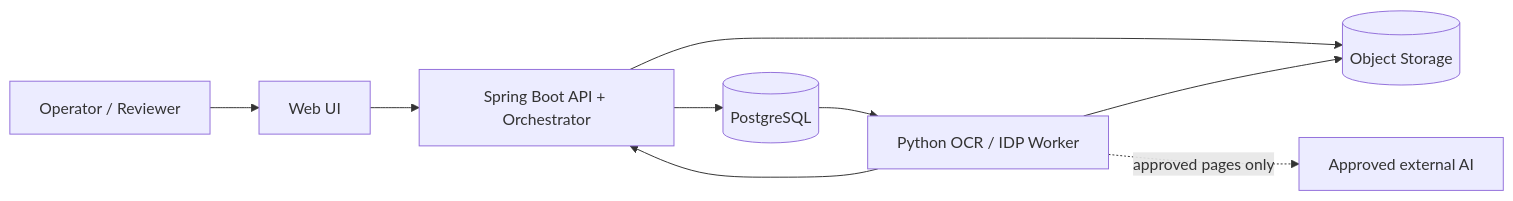
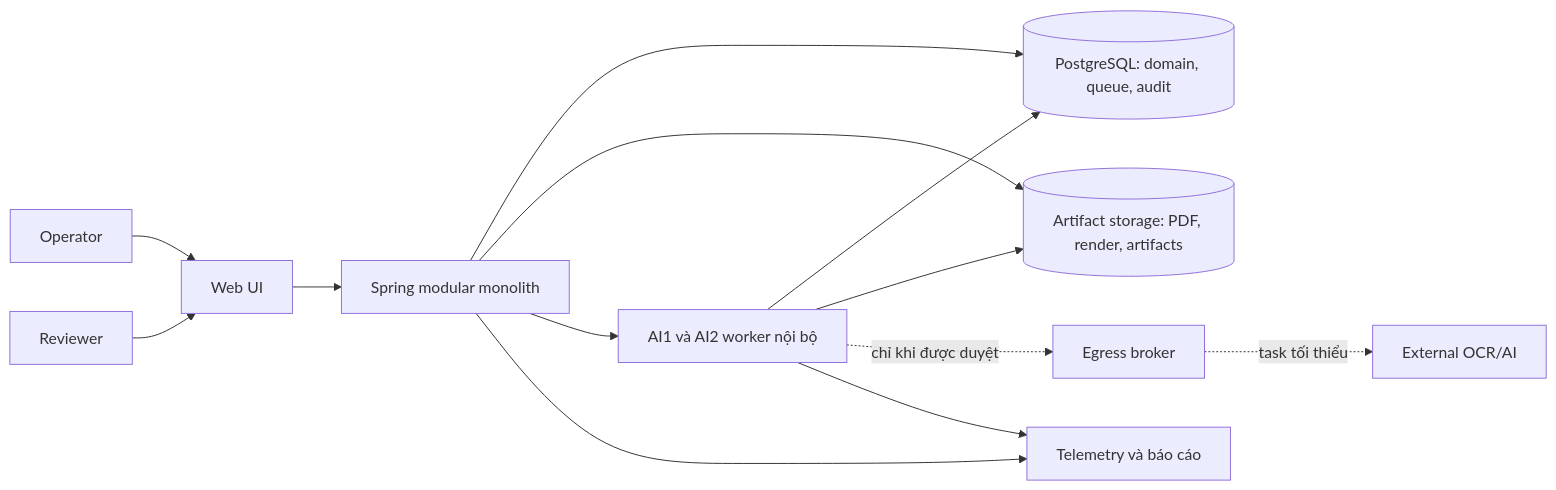
One commit to AI20K-VGR/contract-intelligence-core changed the first of 31 diagrams in docs/DOC-04-architecture.md. Above: the diagram before and after it, drawn with Mermaid. The commit also changed other lines of this file and 59 other files, not shown here.

Commit message:
docs: consolidate architecture and IDP documentation

````diff
--- a/docs/DOC-04-architecture.md
+++ b/docs/DOC-04-architecture.md
@@ -32,11 +46,15 @@
 ```mermaid
 flowchart LR
-  U[Operator / Reviewer] --> UI[Web UI]
-  UI --> API[Spring Boot API + Orchestrator]
-  API --> DB[(PostgreSQL)]
-  API --> OS[(Object Storage)]
-  DB --> W[Python OCR / IDP Worker]
+  OP[Operator] --> UI[Web UI]
+  RV[Reviewer] --> UI
+  UI --> API[Spring modular monolith]
+  API --> DB[(PostgreSQL: domain, queue, audit)]
+  API --> OS[(Artifact storage: PDF, render, artifacts)]
+  API --> W[AI1 và AI2 worker nội bộ]
+  W --> DB
   W --> OS
-  W --> API
-  W -. approved pages only .-> EXT[Approved external AI]
+  W -. chỉ khi được duyệt .-> EG[Egress broker]
+  EG -. task tối thiểu .-> EXT[External OCR/AI]
+  API --> TEL[Telemetry và báo cáo]
+  W --> TEL
 ```
````
